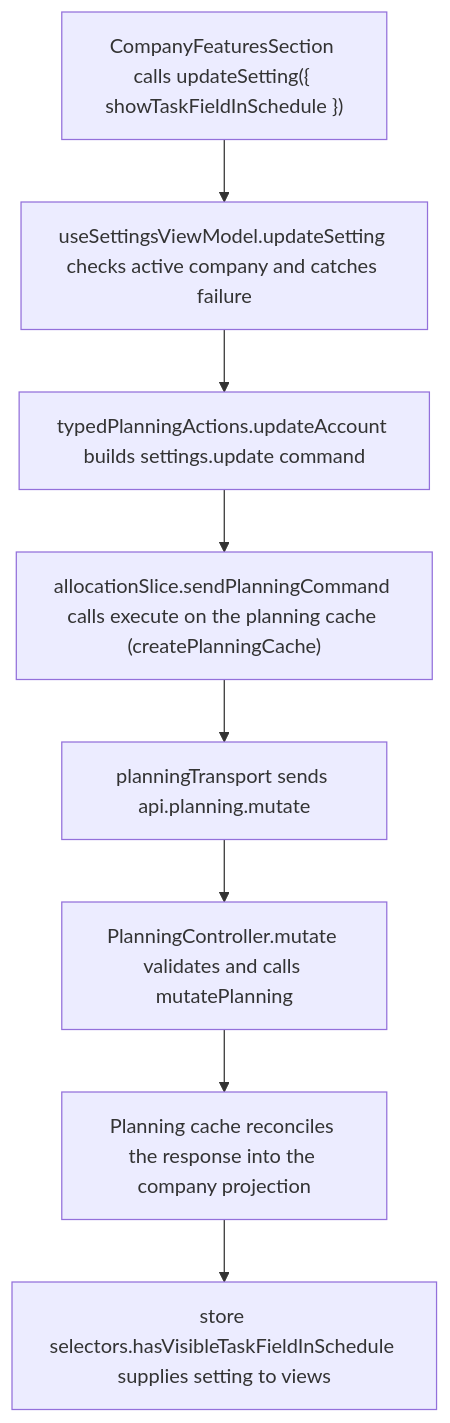
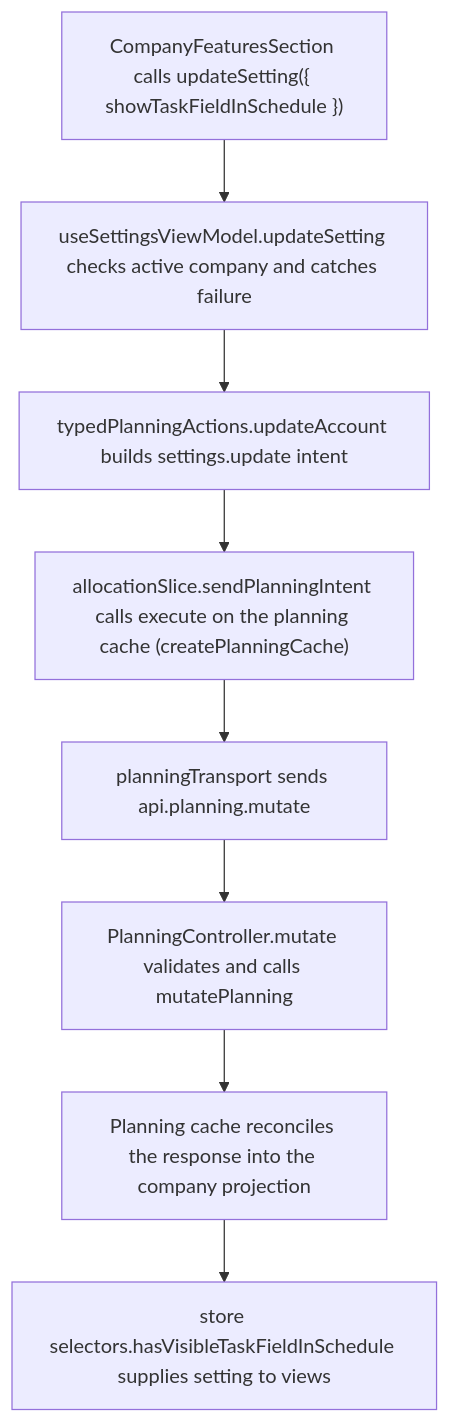
The second of 2 diagrams in user-stories/settings/US-SET-24-task-field.md (Kevinjohn/capacitylens), drawn with Mermaid before and after one commit. The commit also changed 55 other files, not shown here.

First line of the commit message:
Planning intent: rename planning commands to intents

````diff
--- a/user-stories/settings/US-SET-24-task-field.md
+++ b/user-stories/settings/US-SET-24-task-field.md
@@ -29,10 +29,10 @@
 ```mermaid
 flowchart TD
   control["CompanyFeaturesSection calls updateSetting({ showTaskFieldInSchedule })"] --> view["useSettingsViewModel.updateSetting checks active company and catches failure"]
-  view --> action["typedPlanningActions.updateAccount builds settings.update command"]
-  action --> execute["allocationSlice.sendPlanningCommand calls execute on the planning cache (createPlanningCache)"]
+  view --> action["typedPlanningActions.updateAccount builds settings.update intent"]
+  action --> execute["allocationSlice.sendPlanningIntent calls execute on the planning cache (createPlanningCache)"]
   execute --> transport["planningTransport sends api.planning.mutate"]
   transport --> route["PlanningController.mutate validates and calls mutatePlanning"]
   route --> reply["Planning cache reconciles the response into the company projection"]
   reply --> read["store selectors.hasVisibleTaskFieldInSchedule supplies setting to views"]
 ```
````
